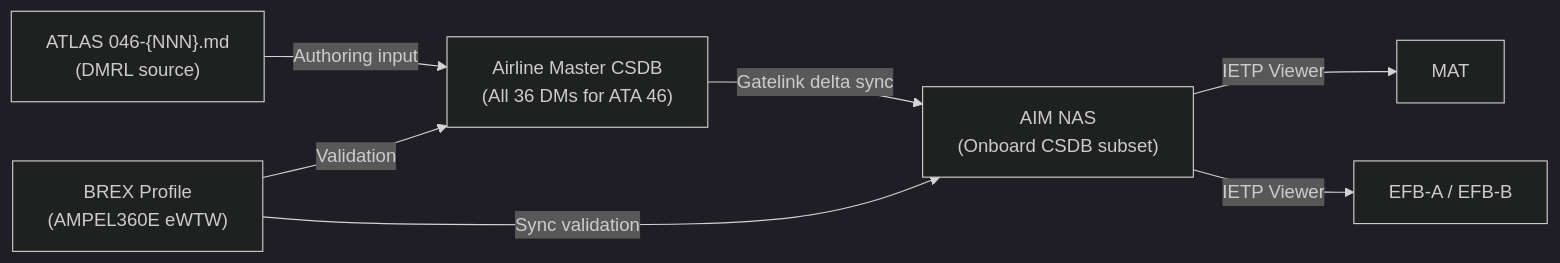
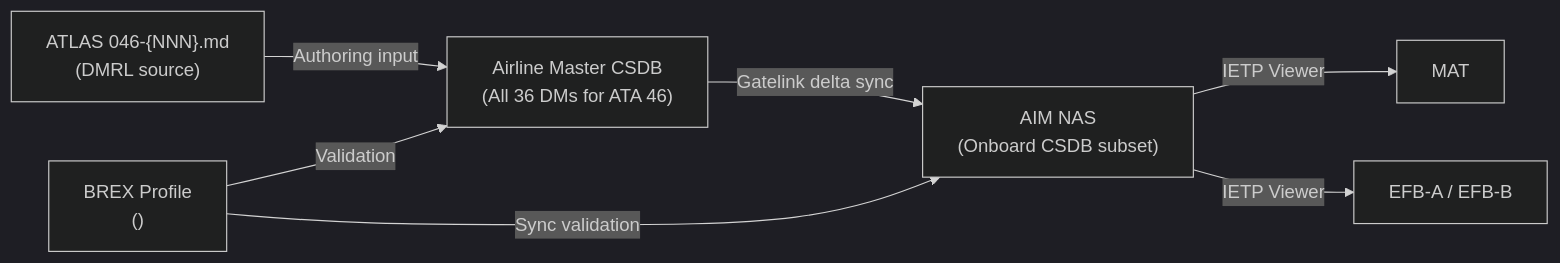
Before and after one commit to AmedeoPelliccia/Qplus-For-All-Queer-People-and-Quantum: the second of 3 diagrams in Q+ATLANTIDE/000-099_ATLAS/040-049_Avionica-Informacion-y-APU/046_Information-Systems/046-090-S1000D-CSDB-Mapping-and-Traceability.md, drawn with Mermaid (dark theme). The commit also changed other lines of this file and 51 other files, not shown here.

First line of the commit message:
Generalize all 52 ATLAS S1000D-CSDB mapping files: remove AMPEL360E/eWTW/Programmes_example references, add scope: agnostic-standard, use generic DMC placeholders

````diff
--- a/Q+ATLANTIDE/000-099_ATLAS/040-049_Avionica-Informacion-y-APU/046_Information-Systems/046-090-S1000D-CSDB-Mapping-and-Traceability.md
+++ b/Q+ATLANTIDE/000-099_ATLAS/040-049_Avionica-Informacion-y-APU/046_Information-Systems/046-090-S1000D-CSDB-Mapping-and-Traceability.md
@@ -134,9 +135,9 @@
 ```mermaid
 graph LR
     AIRLINE_CSDB["Airline Master CSDB\n(All 36 DMs for ATA 46)"] -->|Gatelink delta sync| AIM_NAS["AIM NAS\n(Onboard CSDB subset)"]
     AIM_NAS -->|IETP Viewer| MAT["MAT"]
     AIM_NAS -->|IETP Viewer| EFB["EFB-A / EFB-B"]
     ATLAS["ATLAS 046-{NNN}.md\n(DMRL source)"] -->|Authoring input| AIRLINE_CSDB
-    BREX["BREX Profile\n(AMPEL360E eWTW)"] -->|Validation| AIRLINE_CSDB
+    BREX["BREX Profile\n(<PROGRAMME>)"] -->|Validation| AIRLINE_CSDB
     BREX -->|Sync validation| AIM_NAS
 ```
````
